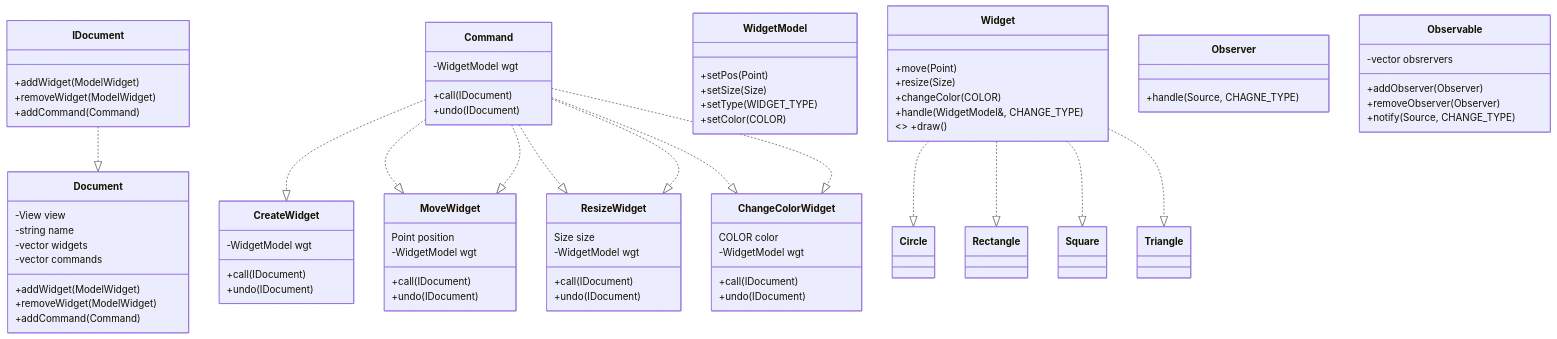
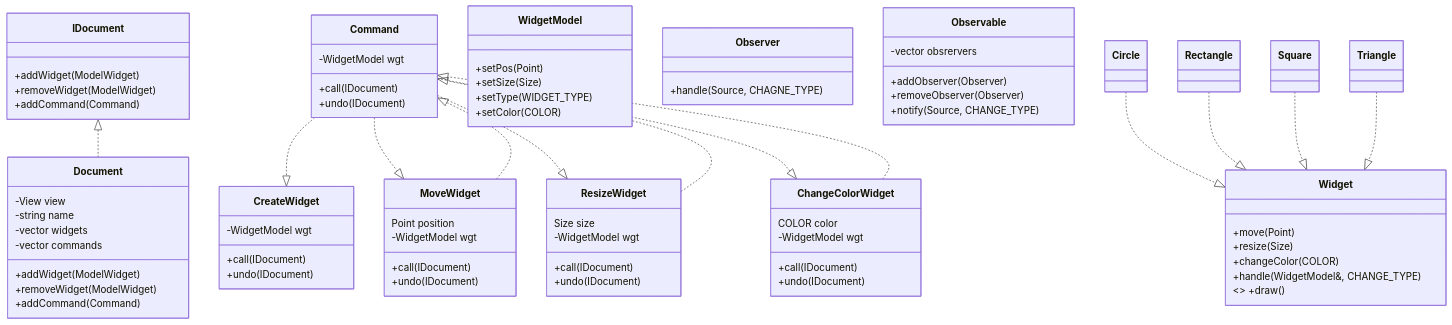
One commit to camper81/graphic_editor changed the diagram in README.md. Above: the diagram before and after it, drawn with Mermaid.

Commit message:
Changed class diagram

````diff
--- a/README.md
+++ b/README.md
@@ -34,7 +34,7 @@
     +addCommand(Command)
 }
 
-IDocument ..|> Document
+IDocument <|.. Document
 
 class Command {
     -WidgetModel wgt
@@ -100,12 +100,12 @@
     +notify(Source, CHANGE_TYPE)
 }
 
-Widget ..|> Circle
-Widget ..|> Rectangle
-Widget ..|> Square
-Widget ..|> Triangle
-Command ..|> MoveWidget
-Command ..|> ResizeWidget
-Command ..|> ChangeColorWidget
+Circle ..|> Widget 
+Rectangle ..|> Widget 
+Square ..|> Widget 
+Triangle ..|> Widget 
+MoveWidget ..|> Command 
+ResizeWidget ..|> Command 
+ChangeColorWidget ..|> Command 
 
 ```
````
